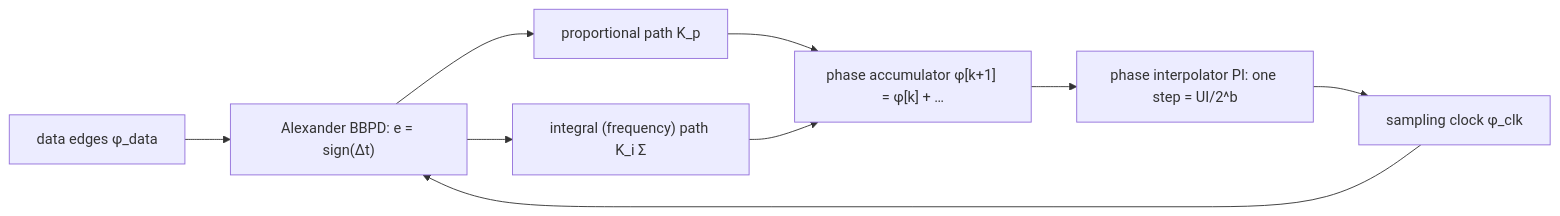
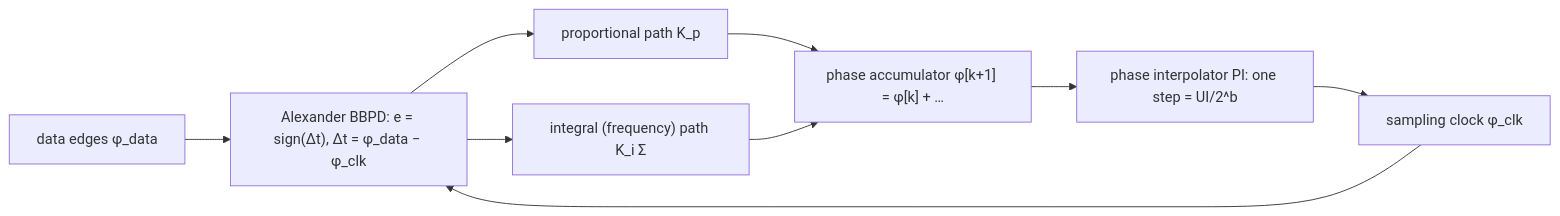
The diagram in i18n/en/docusaurus-plugin-content-docs/current/06_design_insights/cdr_bang_bang_jtol.md (gmcycle7/isf-teaching-site), drawn with Mermaid before and after one commit. The commit also changed other lines of this file and 85 other files, not shown here.

````diff
--- a/i18n/en/docusaurus-plugin-content-docs/current/06_design_insights/cdr_bang_bang_jtol.md
+++ b/i18n/en/docusaurus-plugin-content-docs/current/06_design_insights/cdr_bang_bang_jtol.md
@@ -61,11 +84,11 @@
 ```mermaid
 flowchart LR
-  D["data edges φ_data"] --> PD["Alexander BBPD: e = sign(Δt)"]
+  D["data edges φ_data"] --> PD["Alexander BBPD: e = sign(Δt), Δt = φ_data − φ_clk"]
   PD --> P["proportional path K_p"]
   PD --> I["integral (frequency) path K_i Σ"]
   P --> ACC["phase accumulator φ[k+1] = φ[k] + …"]
   I --> ACC
   ACC --> PI["phase interpolator PI: one step = UI/2^b"]
   PI --> CLK["sampling clock φ_clk"]
   CLK --> PD
 ```
````
